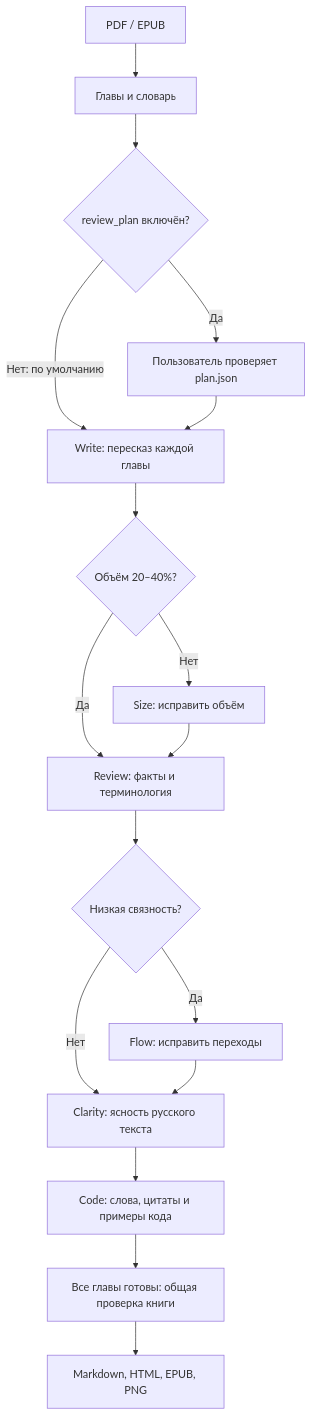
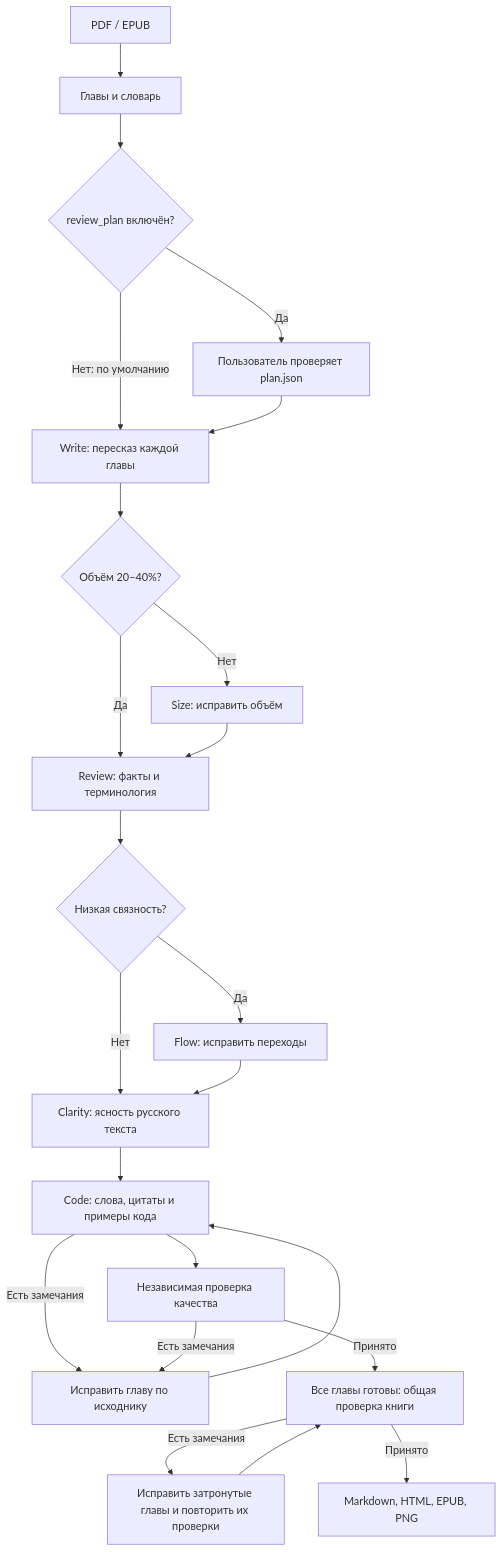
The diagram in doc/MultiAgent/MultiAgent/32_book_summary_pipeline.md (LKosoj/MultiAgent), drawn with Mermaid before and after one commit. The commit also changed other lines of this file and 4 other files, not shown here.

First line of the commit message:
Добавлена независимая проверка и исправление глав, улучшена общая проверка книги

````diff
--- a/doc/MultiAgent/MultiAgent/32_book_summary_pipeline.md
+++ b/doc/MultiAgent/MultiAgent/32_book_summary_pipeline.md
@@ -9,19 +9,25 @@
 ```mermaid
 flowchart TD
   Source[PDF / EPUB] --> Prep[Главы и словарь]
   Prep --> Check{review_plan включён?}
   Check -- Нет: по умолчанию --> Write
   Check -- Да --> Human[Пользователь проверяет plan.json]
   Human --> Write[Write: пересказ каждой главы]
   Write --> Size{Объём 20–40%?}
   Size -- Нет --> FixSize[Size: исправить объём]
   Size -- Да --> Review[Review: факты и терминология]
   FixSize --> Review
   Review --> Flow{Низкая связность?}
   Flow -- Да --> FixFlow[Flow: исправить переходы]
   Flow -- Нет --> Clarity[Clarity: ясность русского текста]
   FixFlow --> Clarity
   Clarity --> Code[Code: слова, цитаты и примеры кода]
-  Code --> Book[Все главы готовы: общая проверка книги]
-  Book --> Build[Markdown, HTML, EPUB, PNG]
+  Code --> Quality[Независимая проверка качества]
+  Code -- Есть замечания --> Repair[Исправить главу по исходнику]
+  Quality -- Есть замечания --> Repair
+  Repair --> Code
+  Quality -- Принято --> Book[Все главы готовы: общая проверка книги]
+  Book -- Есть замечания --> BookRepair[Исправить затронутые главы и повторить их проверки]
+  BookRepair --> Book
+  Book -- Принято --> Build[Markdown, HTML, EPUB, PNG]
 ```
````
